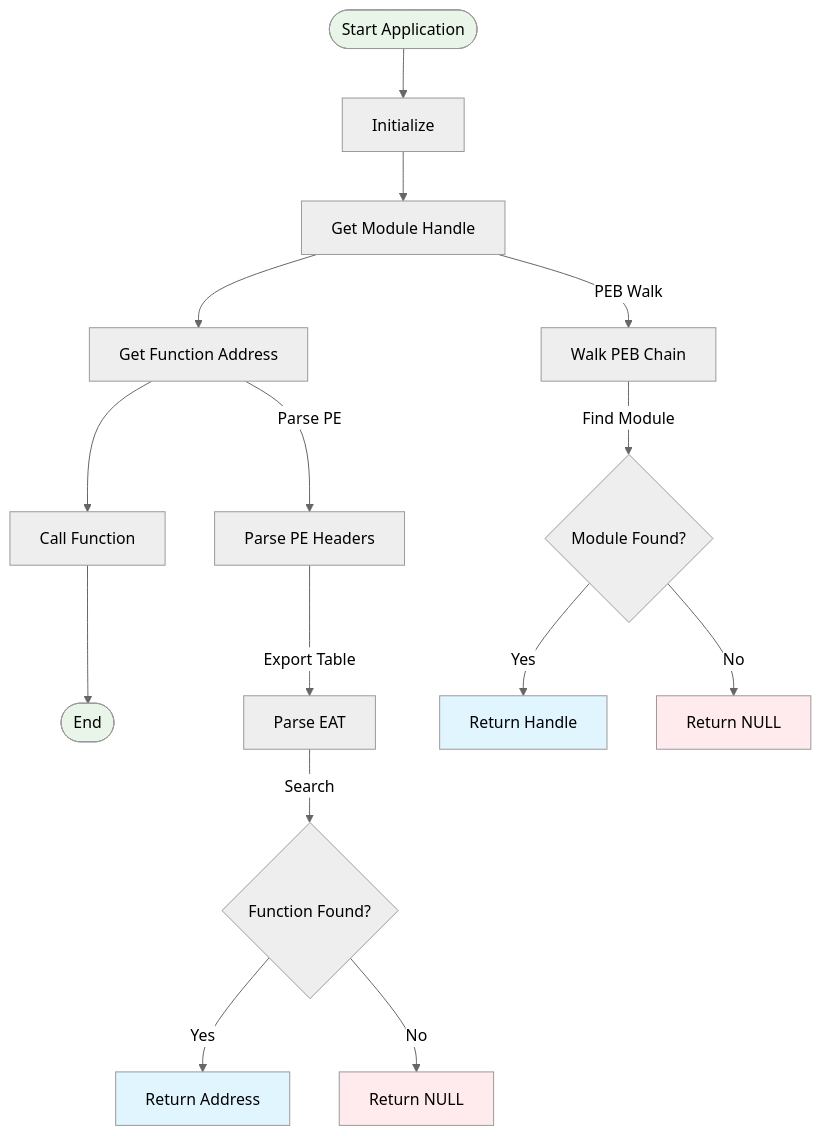
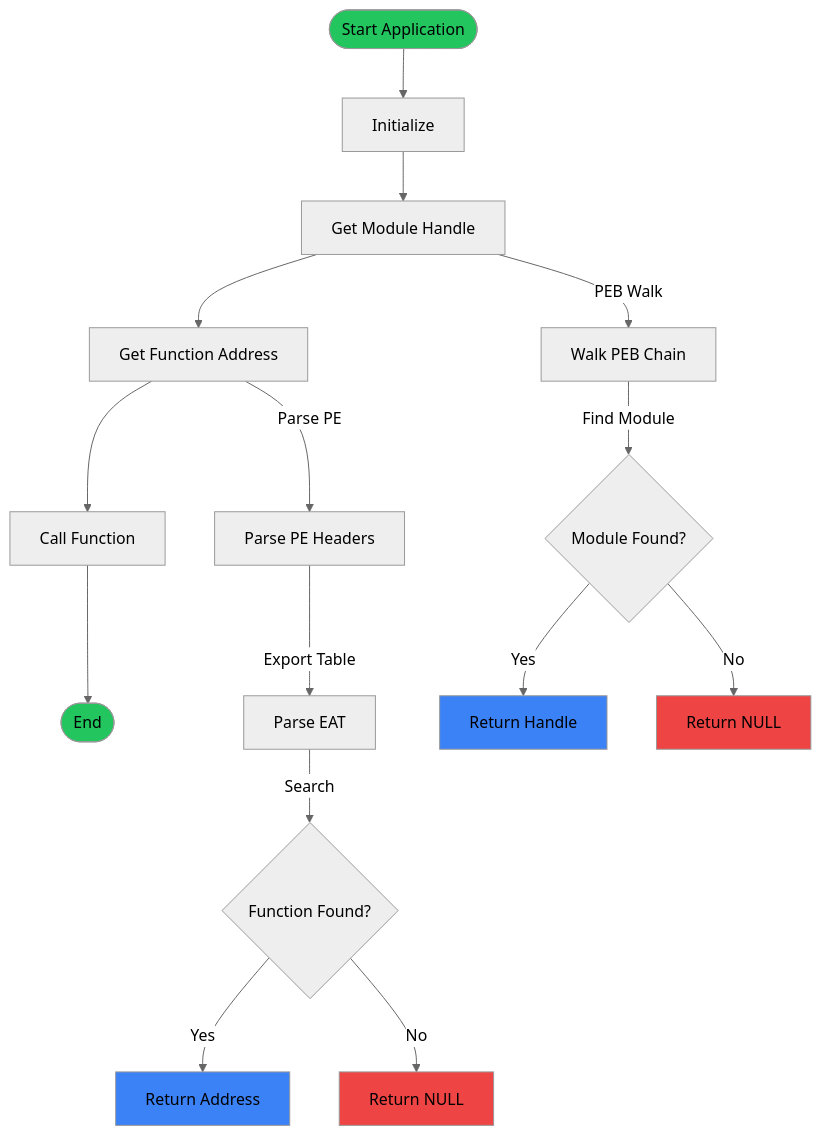
Diagram 11 of 11 in diagrams.md (usuiWind/Windows-Import-Resolver), drawn with Mermaid (neutral theme) before and after one commit. The commit also changed other lines of this file, not shown here.

````diff
--- a/diagrams.md
+++ b/diagrams.md
@@ -246,26 +244,26 @@
 ```mermaid
 graph TB
     Start([Start Application]) --> Init[Initialize]
     Init --> GetMod[Get Module Handle]
     GetMod --> GetFunc[Get Function Address]
     GetFunc --> Call[Call Function]
     Call --> End([End])
     
     GetMod --> |PEB Walk| PEB[Walk PEB Chain]
     PEB --> |Find Module| ModFound{Module Found?}
     ModFound -->|Yes| Return1[Return Handle]
     ModFound -->|No| Error1[Return NULL]
     
     GetFunc --> |Parse PE| PE[Parse PE Headers]
     PE --> |Export Table| EAT[Parse EAT]
     EAT --> |Search| Search{Function Found?}
     Search -->|Yes| Return2[Return Address]
     Search -->|No| Error2[Return NULL]
     
-    style Start fill:#e8f5e8
-    style End fill:#e8f5e8
-    style Error1 fill:#ffebee
-    style Error2 fill:#ffebee
-    style Return1 fill:#e1f5fe
-    style Return2 fill:#e1f5fe
+    style Start fill:#22c55e
+    style End fill:#22c55e
+    style Error1 fill:#ef4444
+    style Error2 fill:#ef4444
+    style Return1 fill:#3b82f6
+    style Return2 fill:#3b82f6
 ```
````
